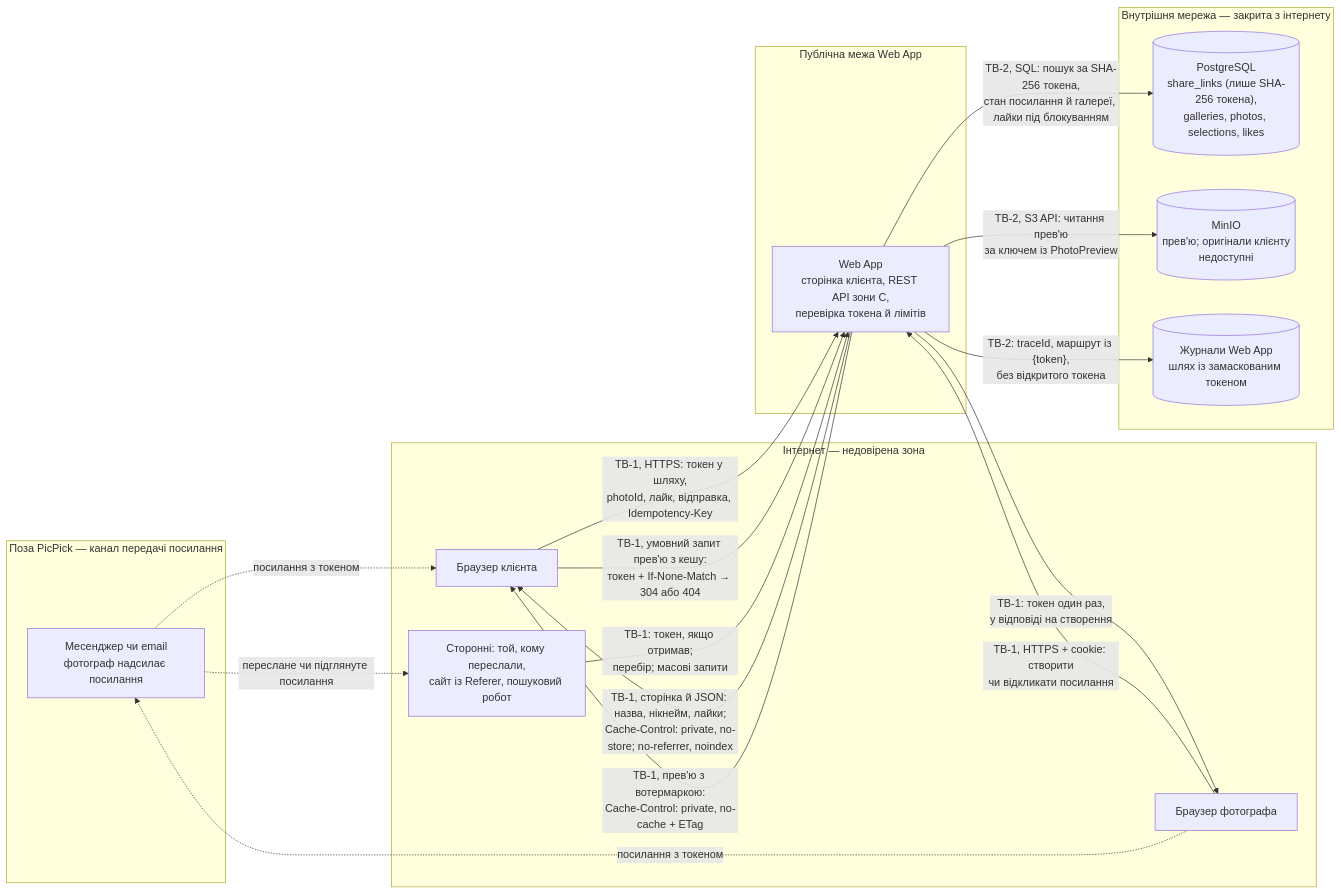
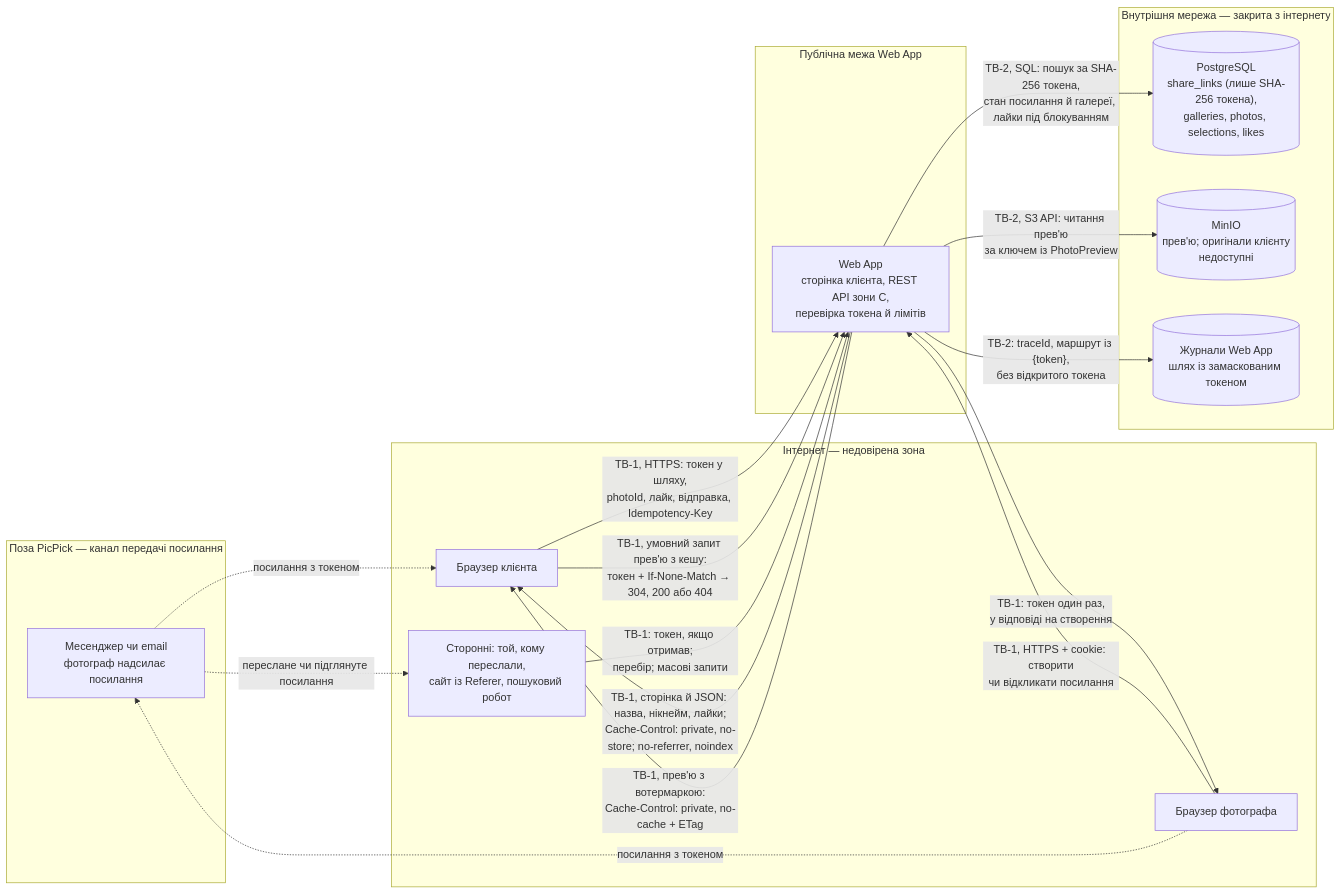
The diagram in docs/09-security/zone-c.md (alonasaienko/picpick), drawn with Mermaid before and after one commit. The commit also changed other lines of this file, not shown here.

Commit message:
#46 Умовний запит прев'ю: перевірка доступу, потім ETag (304/200), 404 для недійсного

````diff
--- a/docs/09-security/zone-c.md
+++ b/docs/09-security/zone-c.md
@@ -21,38 +21,38 @@
 ```mermaid
 flowchart LR
     subgraph outside["Поза PicPick — канал передачі посилання"]
         channel["Месенджер чи email<br/>фотограф надсилає посилання"]
     end
 
     subgraph internet["Інтернет — недовірена зона"]
         photographer["Браузер фотографа"]
         client["Браузер клієнта"]
         third["Сторонні: той, кому переслали,<br/>сайт із Referer, пошуковий робот"]
     end
 
     subgraph public["Публічна межа Web App"]
         web["Web App<br/>сторінка клієнта, REST API зони C,<br/>перевірка токена й лімітів"]
     end
 
     subgraph internal["Внутрішня мережа — закрита з інтернету"]
         db[("PostgreSQL<br/>share_links (лише SHA-256 токена),<br/>galleries, photos, selections, likes")]
         minio[("MinIO<br/>прев'ю; оригінали клієнту<br/>недоступні")]
         logs[("Журнали Web App<br/>шлях із замаскованим токеном")]
     end
 
     photographer -->|"TB-1, HTTPS + cookie: створити<br/>чи відкликати посилання"| web
     web -->|"TB-1: токен один раз,<br/>у відповіді на створення"| photographer
     photographer -.->|"посилання з токеном"| channel
     channel -.->|"посилання з токеном"| client
     channel -.->|"переслане чи підглянуте посилання"| third
 
     client -->|"TB-1, HTTPS: токен у шляху,<br/>photoId, лайк, відправка, Idempotency-Key"| web
     web -->|"TB-1, сторінка й JSON: назва, нікнейм, лайки;<br/>Cache-Control: private, no-store; no-referrer, noindex"| client
     web -->|"TB-1, прев'ю з вотермаркою:<br/>Cache-Control: private, no-cache + ETag"| client
-    client -->|"TB-1, умовний запит прев'ю з кешу:<br/>токен + If-None-Match → 304 або 404"| web
+    client -->|"TB-1, умовний запит прев'ю з кешу:<br/>токен + If-None-Match → 304, 200 або 404"| web
     third -->|"TB-1: токен, якщо отримав;<br/>перебір; масові запити"| web
 
     web -->|"TB-2, SQL: пошук за SHA-256 токена,<br/>стан посилання й галереї, лайки під блокуванням"| db
     web -->|"TB-2, S3 API: читання прев'ю<br/>за ключем із PhotoPreview"| minio
     web -->|"TB-2: traceId, маршрут із {token},<br/>без відкритого токена"| logs
 ```
````
